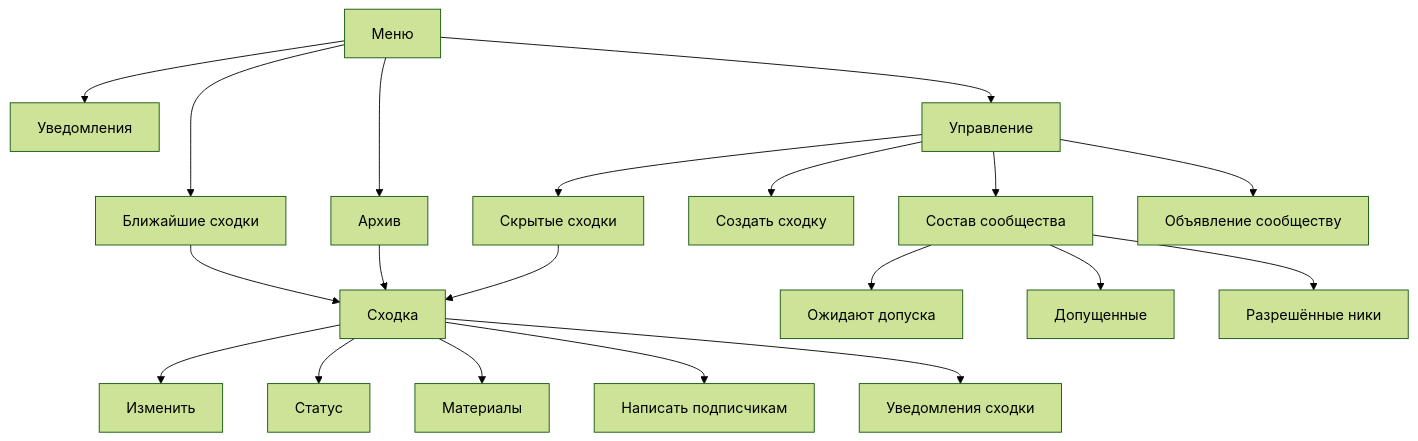
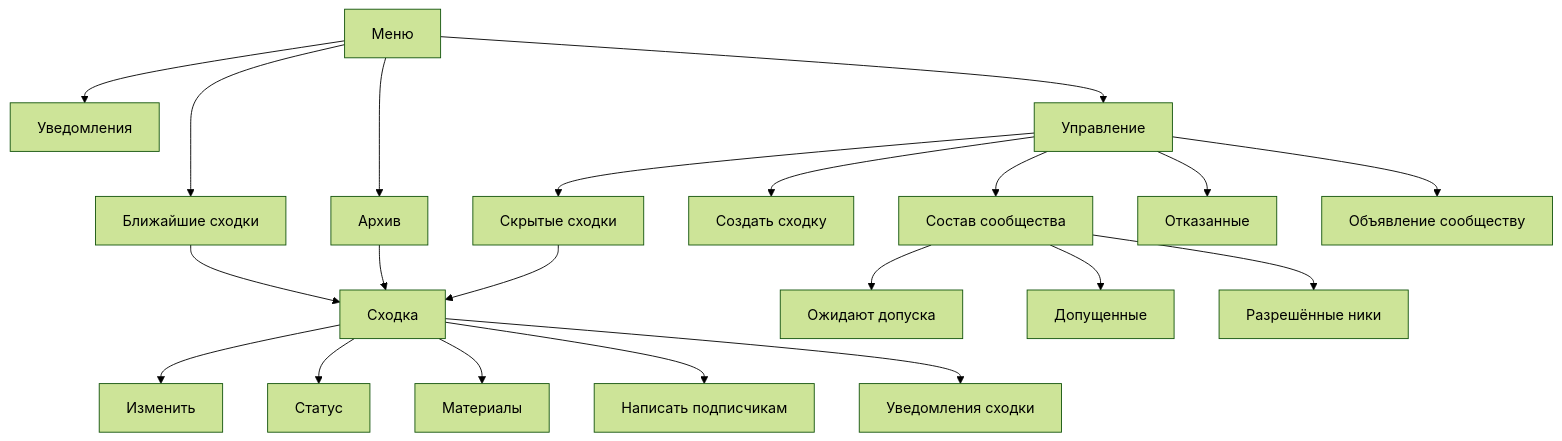
Before and after one commit to Solguficky/solguficky-hub: the diagram in docs/design/bot/design-code.md, drawn with Mermaid (forest theme). The commit also changed other lines of this file and 16 other files, not shown here.

````diff
--- a/docs/design/bot/design-code.md
+++ b/docs/design/bot/design-code.md
@@ -25,27 +25,28 @@
 ```mermaid
 flowchart TD
     menu[Меню]
     menu --> upcoming[Ближайшие сходки]
     menu --> archive[Архив]
     menu --> notify[Уведомления]
     menu --> manage[Управление]
 
     upcoming --> card[Сходка]
     archive --> card
     hidden --> card
 
     card --> edit[Изменить]
     card --> status[Статус]
     card --> materials[Материалы]
     card --> broadcast[Написать подписчикам]
     card --> notifyMeetup[Уведомления сходки]
 
     manage --> create[Создать сходку]
     manage --> hidden[Скрытые сходки]
     manage --> community[Состав сообщества]
+    manage --> refused[Отказанные]
     manage --> announce[Объявление сообществу]
 
     community --> pending[Ожидают допуска]
     community --> members[Допущенные]
     community --> nicks[Разрешённые ники]
 ```
````
